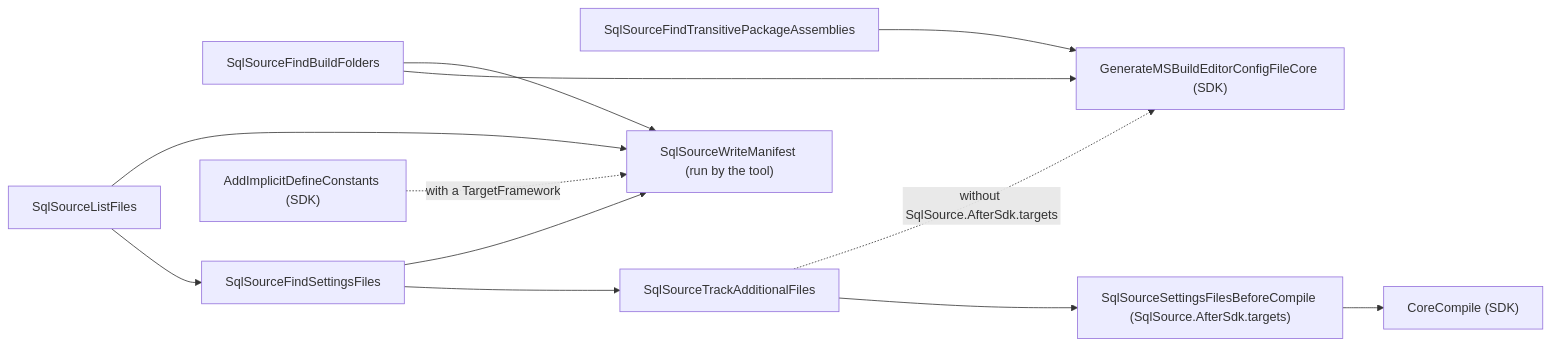
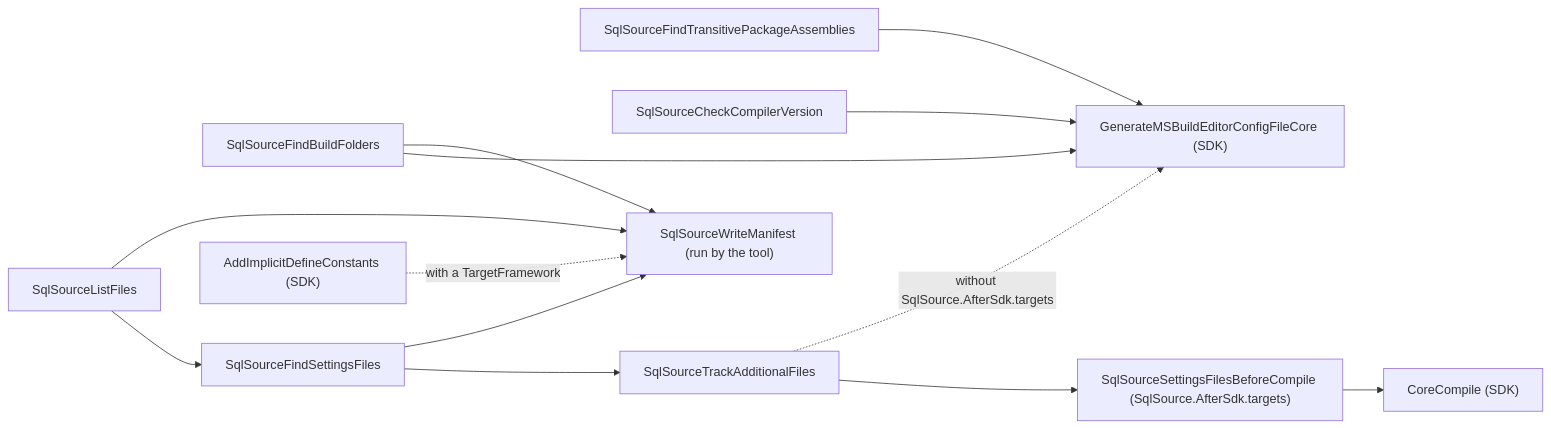
Before and after one commit to mbcrawfo/SqlSource: the diagram in docs/architecture/msbuild-and-manifest.md, drawn with Mermaid. The commit also changed other lines of this file and 150 other files, not shown here.

````diff
--- a/docs/architecture/msbuild-and-manifest.md
+++ b/docs/architecture/msbuild-and-manifest.md
@@ -20,14 +20,15 @@
 ```mermaid
 flowchart LR
     folders["SqlSourceFindBuildFolders"] --> sdk["GenerateMSBuildEditorConfigFileCore (SDK)"]
     packages["SqlSourceFindTransitivePackageAssemblies"] --> sdk
+    compiler["SqlSourceCheckCompilerVersion"] --> sdk
     list["SqlSourceListFiles"] --> find["SqlSourceFindSettingsFiles"]
     find --> track["SqlSourceTrackAdditionalFiles"]
     track --> late["SqlSourceSettingsFilesBeforeCompile (SqlSource.AfterSdk.targets)"]
     late --> compile["CoreCompile (SDK)"]
     track -.->|"without SqlSource.AfterSdk.targets"| sdk
     list --> manifest["SqlSourceWriteManifest (run by the tool)"]
     find --> manifest
     folders --> manifest
     defines["AddImplicitDefineConstants (SDK)"] -.->|"with a TargetFramework"| manifest
 ```
````
